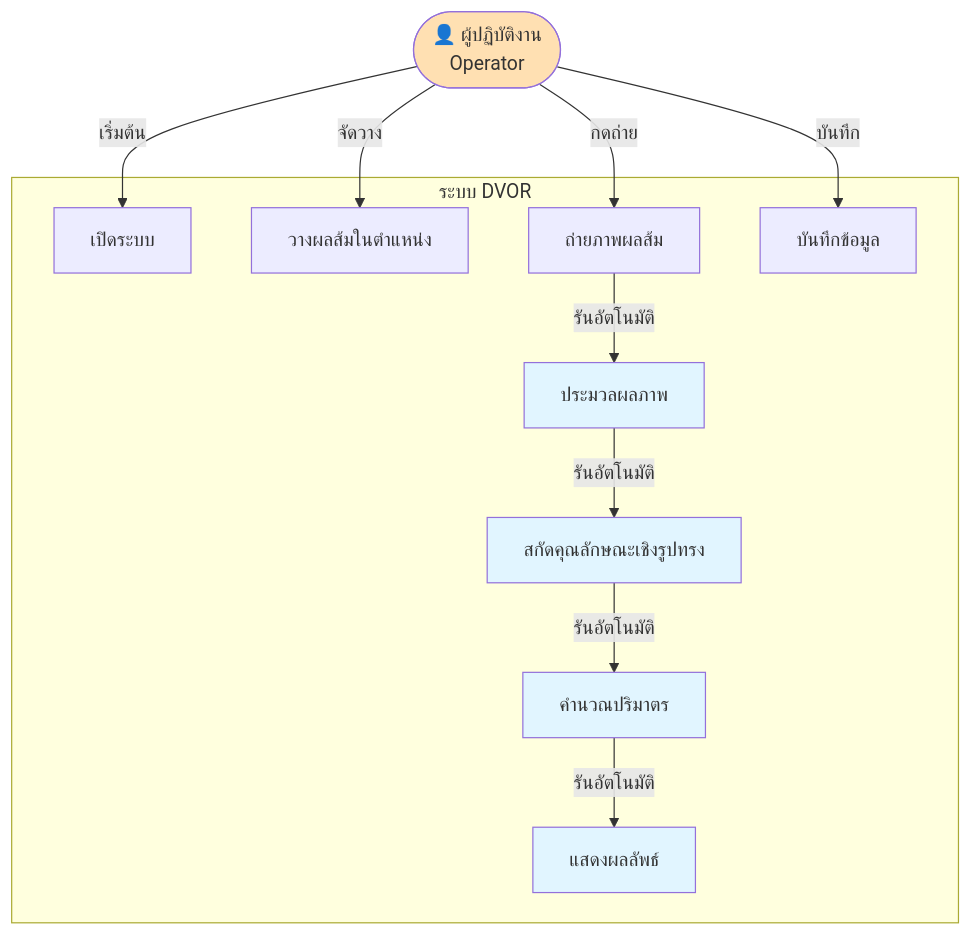
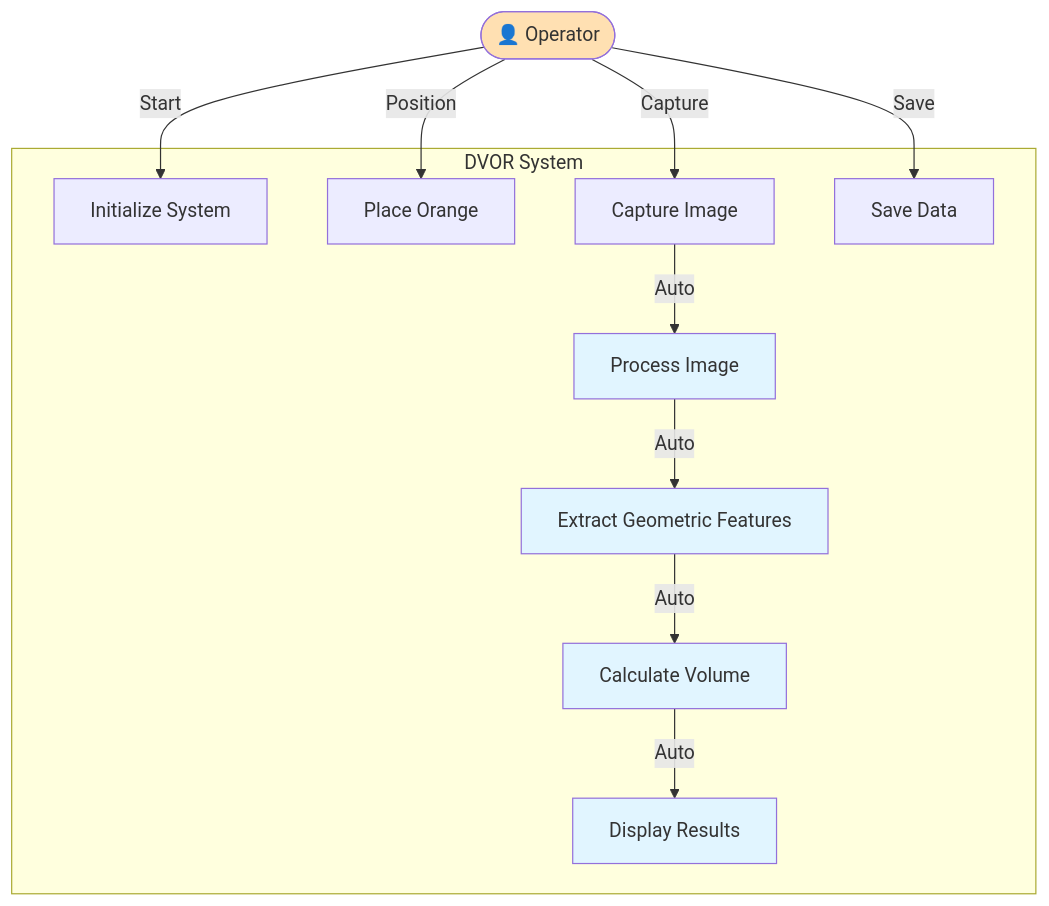
One commit to MyFirstKiss/test-project changed the diagram in DVOR_UseCaseDiagram.md. Above: the diagram before and after it, drawn with Mermaid. The commit also changed other lines of this file and 3 other files, not shown here.

Commit message:
Convert all diagrams to English and fix remaining 45 reference

````diff
--- a/DVOR_UseCaseDiagram.md
+++ b/DVOR_UseCaseDiagram.md
@@ -3,30 +3,30 @@
 ```mermaid
 graph TD
-    subgraph "ระบบ DVOR"
-        UC1[เปิดระบบ]
-        UC2[วางผลส้มในตำแหน่ง]
-        UC3[ถ่ายภาพผลส้ม]
-        UC4[ประมวลผลภาพ]
-        UC5[สกัดคุณลักษณะเชิงรูปทรง]
-        UC6[คำนวณปริมาตร]
-        UC7[แสดงผลลัพธ์]
-        UC8[บันทึกข้อมูล]
+    subgraph "DVOR System"
+        UC1[Initialize System]
+        UC2[Place Orange]
+        UC3[Capture Image]
+        UC4[Process Image]
+        UC5[Extract Geometric Features]
+        UC6[Calculate Volume]
+        UC7[Display Results]
+        UC8[Save Data]
     end
     
-    Operator([👤 ผู้ปฏิบัติงาน<br/>Operator])
+    Operator([👤 Operator])
     
-    Operator -->|เริ่มต้น| UC1
-    Operator -->|จัดวาง| UC2
-    Operator -->|กดถ่าย| UC3
-    UC3 -->|รันอัตโนมัติ| UC4
-    UC4 -->|รันอัตโนมัติ| UC5
-    UC5 -->|รันอัตโนมัติ| UC6
-    UC6 -->|รันอัตโนมัติ| UC7
-    Operator -->|บันทึก| UC8
+    Operator -->|Start| UC1
+    Operator -->|Position| UC2
+    Operator -->|Capture| UC3
+    UC3 -->|Auto| UC4
+    UC4 -->|Auto| UC5
+    UC5 -->|Auto| UC6
+    UC6 -->|Auto| UC7
+    Operator -->|Save| UC8
     
     style UC4 fill:#e1f5ff
     style UC5 fill:#e1f5ff
     style UC6 fill:#e1f5ff
     style UC7 fill:#e1f5ff
     style Operator fill:#ffe0b2
 ```
````
